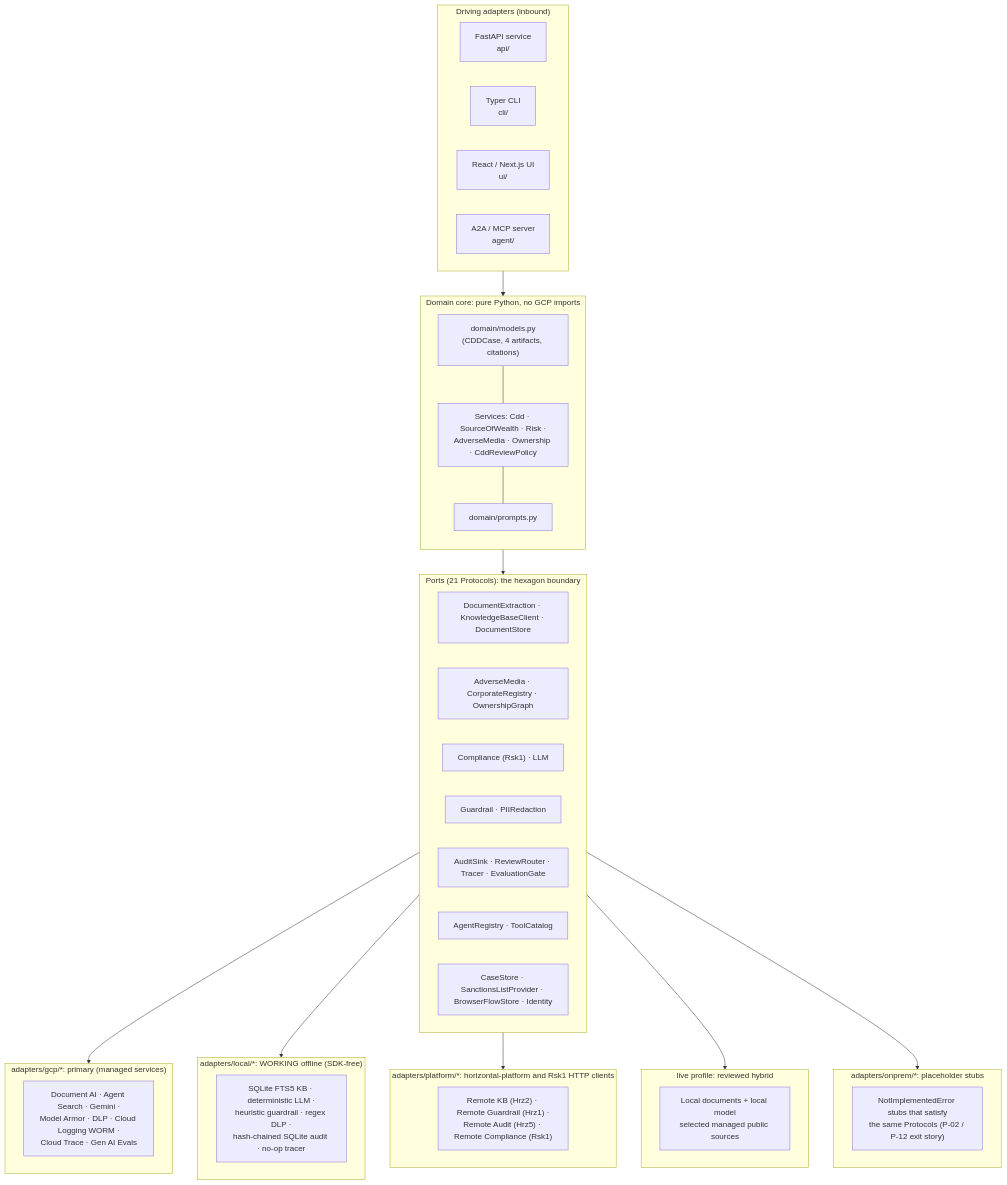
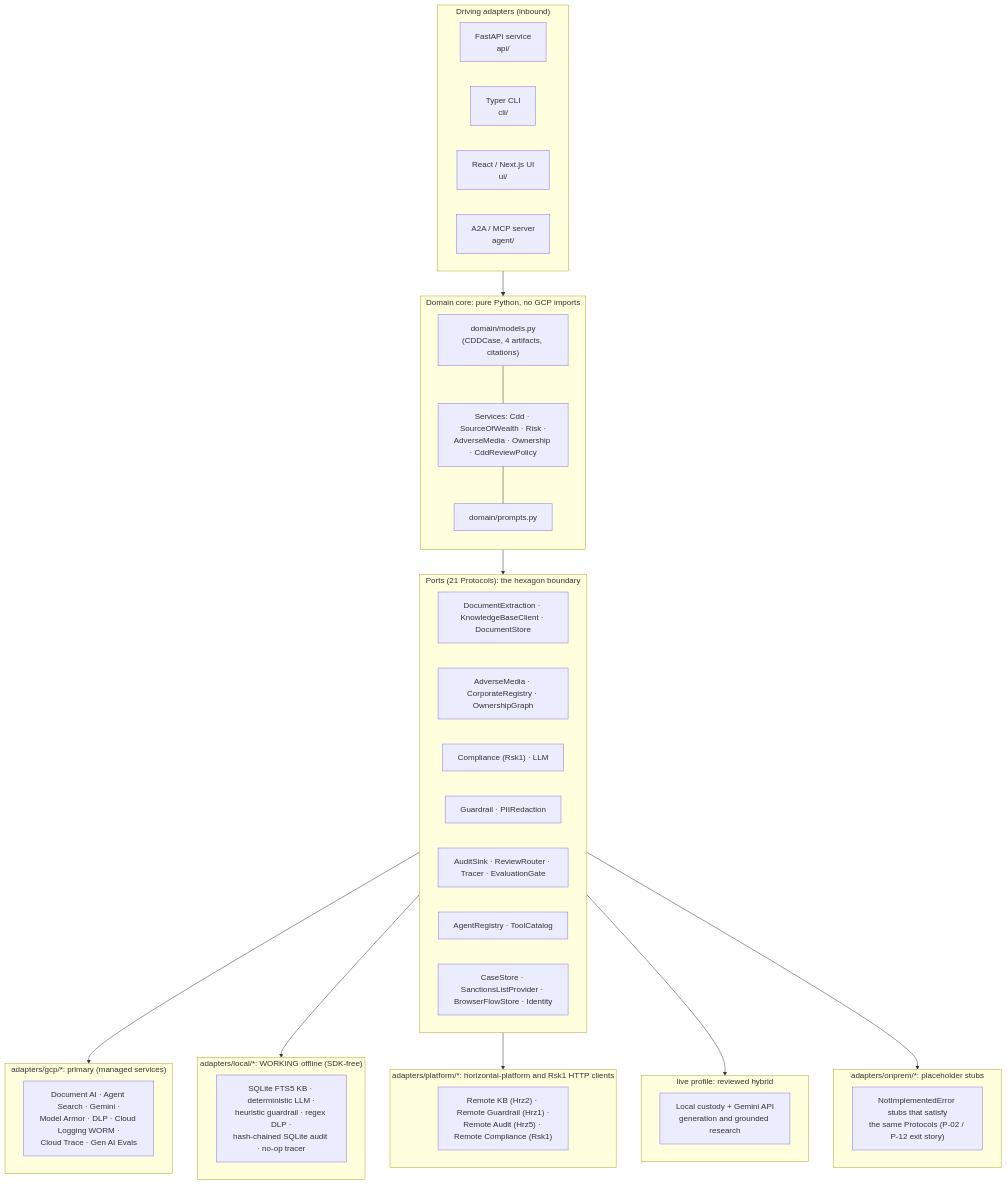
One commit to portable-genai/cdd-sow-research changed the first of 3 diagrams in README.md. Above: the diagram before and after it, drawn with Mermaid. The commit also changed other lines of this file and 19 other files, not shown here.

````diff
--- a/README.md
+++ b/README.md
@@ -66,51 +66,51 @@
 ```mermaid
 flowchart TB
     subgraph edges["Driving adapters (inbound)"]
         API["FastAPI service<br/>api/"]
         CLI["Typer CLI<br/>cli/"]
         UI["React / Next.js UI<br/>ui/"]
         A2A["A2A / MCP server<br/>agent/"]
     end
 
     subgraph core["Domain core: pure Python, no GCP imports"]
         direction TB
         MODELS["domain/models.py<br/>(CDDCase, 4 artifacts, citations)"]
         SVCS["Services: Cdd · SourceOfWealth · Risk ·<br/>AdverseMedia · Ownership · CddReviewPolicy"]
         PROMPTS["domain/prompts.py"]
         MODELS --- SVCS --- PROMPTS
     end
 
     subgraph ports["Ports (21 Protocols): the hexagon boundary"]
         P1["DocumentExtraction · KnowledgeBaseClient · DocumentStore"]
         P2["AdverseMedia · CorporateRegistry · OwnershipGraph"]
         P3["Compliance (Rsk1) · LLM"]
         P4["Guardrail · PIIRedaction"]
         P5["AuditSink · ReviewRouter · Tracer · EvaluationGate"]
         P6["AgentRegistry · ToolCatalog"]
         P7["CaseStore · SanctionsListProvider · BrowserFlowStore · Identity"]
     end
 
     subgraph gcp["adapters/gcp/*: primary (managed services)"]
         G["Document AI · Agent Search · Gemini ·<br/>Model Armor · DLP · Cloud Logging WORM ·<br/>Cloud Trace · Gen AI Evals"]
     end
     subgraph loc["adapters/local/*: WORKING offline (SDK-free)"]
         LO["SQLite FTS5 KB · deterministic LLM ·<br/>heuristic guardrail · regex DLP ·<br/>hash-chained SQLite audit · no-op tracer"]
     end
     subgraph plat["adapters/platform/*: horizontal-platform and Rsk1 HTTP clients"]
         PL["Remote KB (Hrz2) · Remote Guardrail (Hrz1) ·<br/>Remote Audit (Hrz5) · Remote Compliance (Rsk1)"]
     end
     subgraph liv["live profile: reviewed hybrid"]
-        LI["Local documents + local model<br/>selected managed public sources"]
+        LI["Local custody + Gemini API<br/>generation and grounded research"]
     end
     subgraph onp["adapters/onprem/*: placeholder stubs"]
         ON["NotImplementedError stubs that satisfy<br/>the same Protocols (P-02 / P-12 exit story)"]
     end
 
     edges --> core
     core --> ports
     ports --> gcp
     ports --> loc
     ports --> plat
     ports --> liv
     ports --> onp
 ```
````
